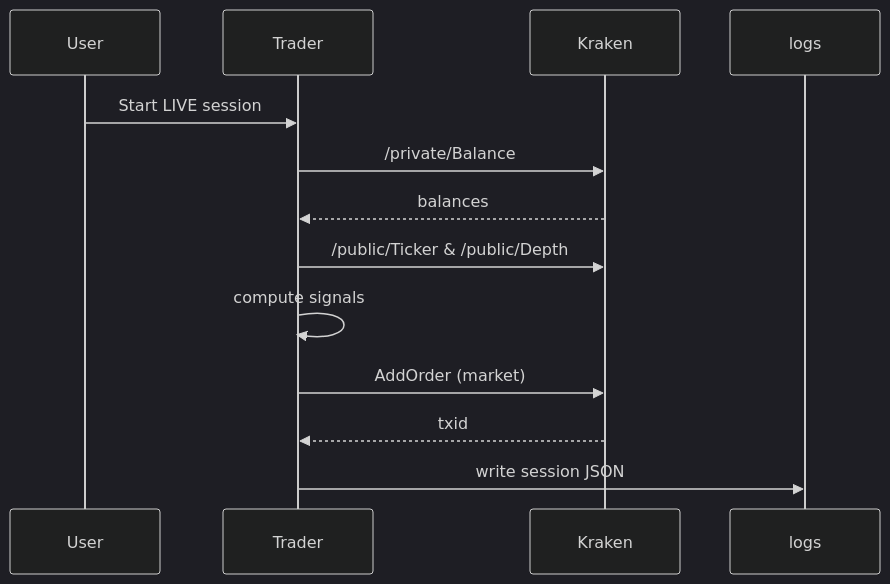
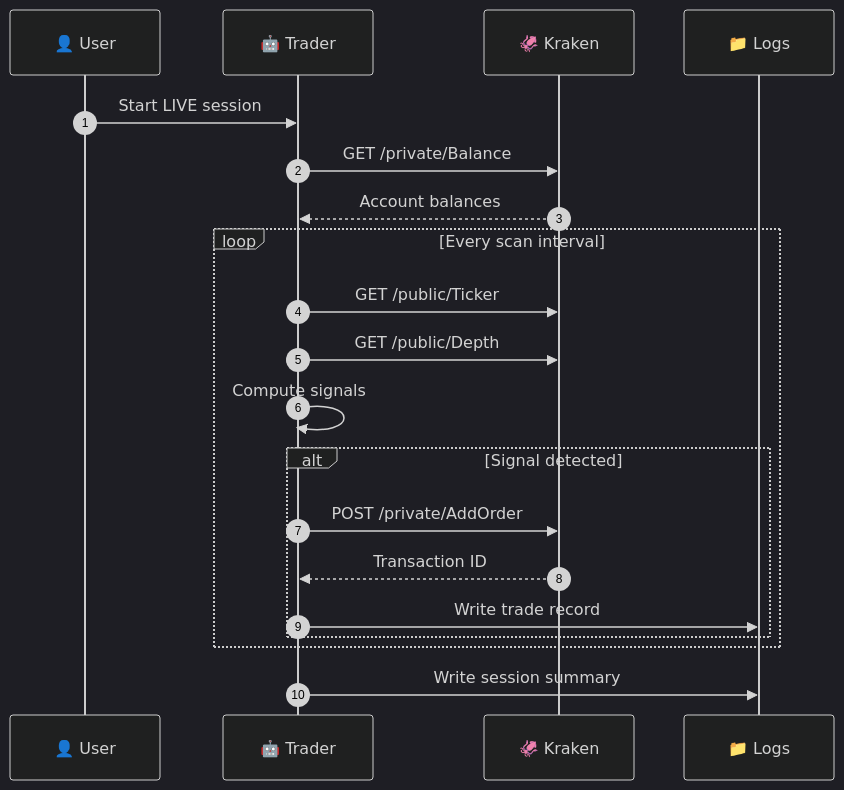
The second of 2 diagrams in README.md (kevanbtc/trader1-), drawn with Mermaid (dark theme) before and after one commit. The commit also changed other lines of this file, not shown here.

````diff
--- a/README.md
+++ b/README.md
@@ -76,14 +233,26 @@
 ```mermaid
 sequenceDiagram
-  participant User
-  participant Trader
-  participant Kraken
-  User->>Trader: Start LIVE session
-  Trader->>Kraken: /private/Balance
-  Kraken-->>Trader: balances
-  Trader->>Kraken: /public/Ticker & /public/Depth
-  Trader->>Trader: compute signals
-  Trader->>Kraken: AddOrder (market)
-  Kraken-->>Trader: txid
-  Trader->>logs: write session JSON
+    autonumber
+    participant 👤 User
+    participant 🤖 Trader
+    participant 🦑 Kraken
+    participant 📁 Logs
+    
+    👤 User->>🤖 Trader: Start LIVE session
+    🤖 Trader->>🦑 Kraken: GET /private/Balance
+    🦑 Kraken-->>🤖 Trader: Account balances
+    
+    loop Every scan interval
+        🤖 Trader->>🦑 Kraken: GET /public/Ticker
+        🤖 Trader->>🦑 Kraken: GET /public/Depth
+        🤖 Trader->>🤖 Trader: Compute signals
+        
+        alt Signal detected
+            🤖 Trader->>🦑 Kraken: POST /private/AddOrder
+            🦑 Kraken-->>🤖 Trader: Transaction ID
+            🤖 Trader->>📁 Logs: Write trade record
+        end
+    end
+    
+    🤖 Trader->>📁 Logs: Write session summary
 ```
````
